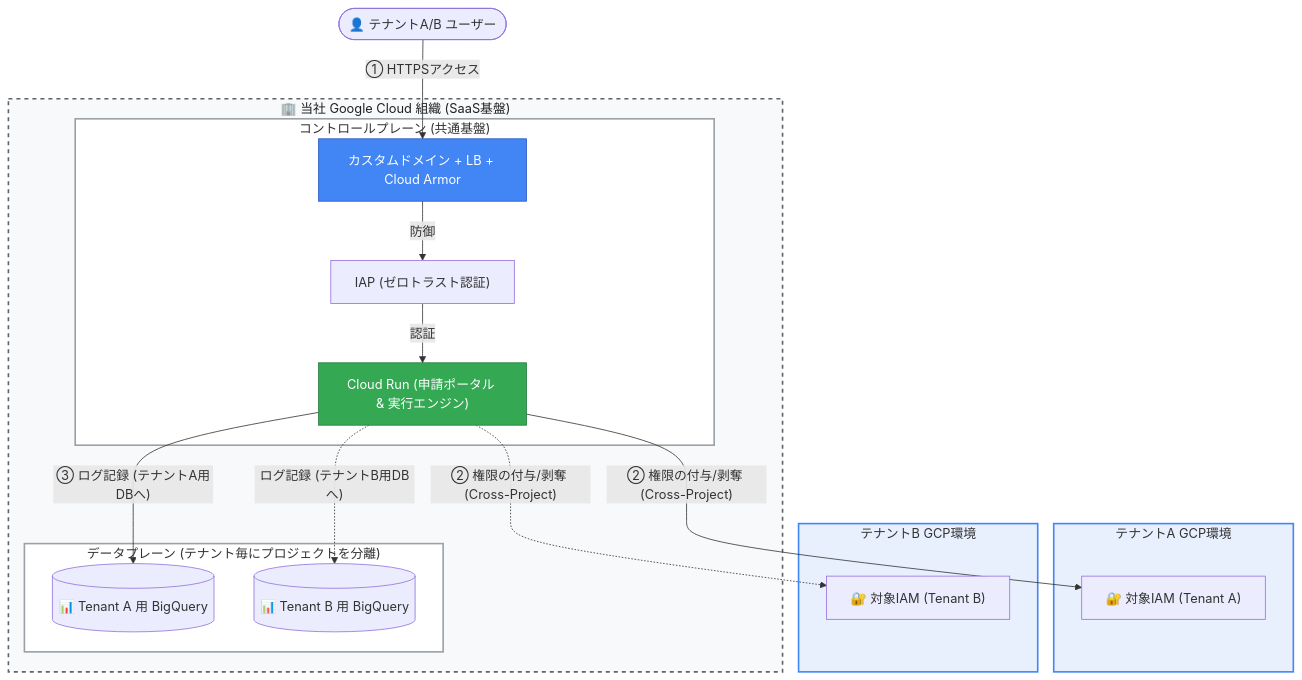
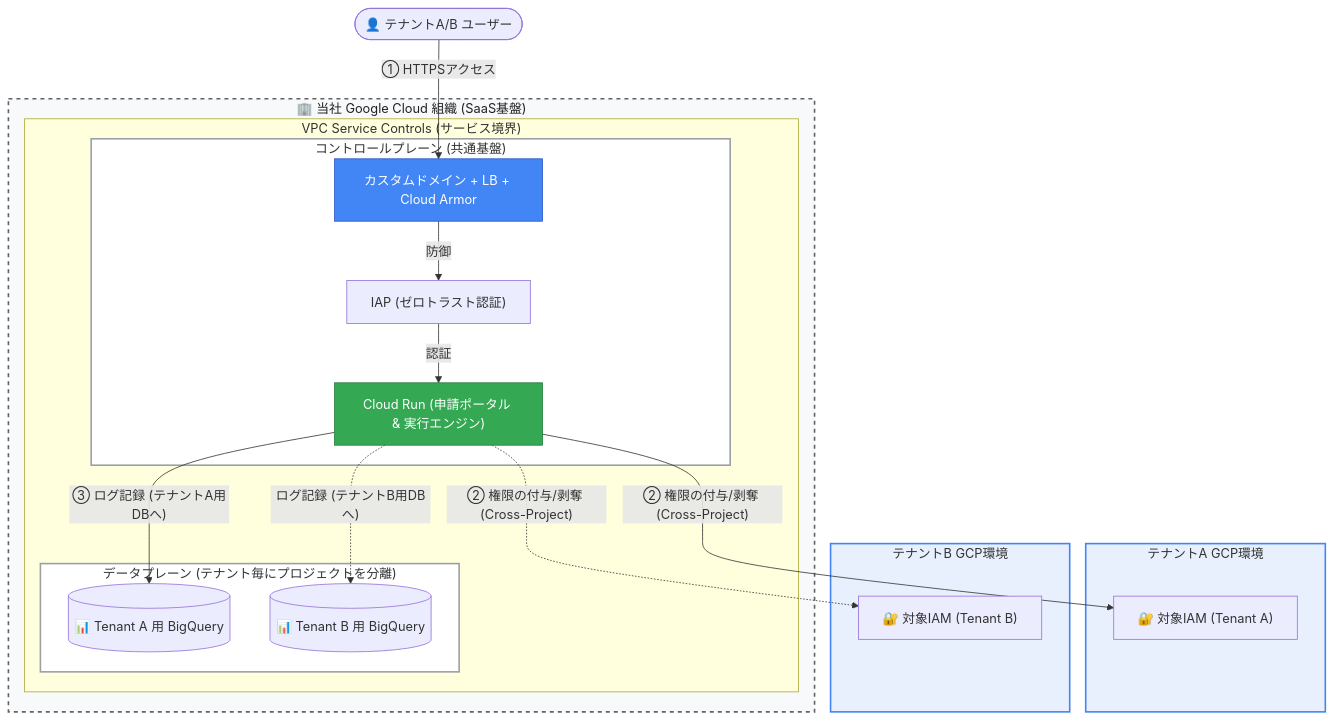
Before and after one commit to ea-Mitsuoka/cloud-access-manager: the second of 4 diagrams in docs/roadmap/roadmap.md, drawn with Mermaid.

````diff
--- a/docs/roadmap/roadmap.md
+++ b/docs/roadmap/roadmap.md
@@ -49,44 +49,44 @@
 ```mermaid
 graph TD
     subgraph OurOrg ["🏢 当社 Google Cloud 組織 (SaaS基盤)"]
+        subgraph VPCSC ["VPC Service Controls (サービス境界)"]
+            subgraph Vendor ["コントロールプレーン (共通基盤)"]
+                Edge["カスタムドメイン + LB + Cloud Armor"]
+                IAP["IAP (ゼロトラスト認証)"]
+                CR["Cloud Run (申請ポータル & 実行エンジン)"]
 
-        subgraph Vendor ["コントロールプレーン (共通基盤)"]
-            Edge["カスタムドメイン + LB + Cloud Armor"]
-            IAP["IAP (ゼロトラスト認証)"]
-            CR["Cloud Run (申請ポータル & 実行エンジン)"]
+                Edge -->|"防御"| IAP
+                IAP -->|"認証"| CR
+            end
 
-            Edge -->|"防御"| IAP
-            IAP -->|"認証"| CR
+            subgraph TenantData ["データプレーン (テナント毎にプロジェクトを分離)"]
+                BQA[("📊 Tenant A 用 BigQuery")]
+                BQB[("📊 Tenant B 用 BigQuery")]
+            end
+
+            CR -->|"③ ログ記録 (テナントA用DBへ)"| BQA
+            CR -.->|"ログ記録 (テナントB用DBへ)"| BQB
         end
-
-        subgraph TenantData ["データプレーン (テナント毎にプロジェクトを分離)"]
-            BQA[("📊 Tenant A 用 BigQuery")]
-            BQB[("📊 Tenant B 用 BigQuery")]
-        end
-
-        CR -->|"③ ログ記録 (テナントA用DBへ)"| BQA
-        CR -.->|"ログ記録 (テナントB用DBへ)"| BQB
-
     end
 
     subgraph TenantA_GCP ["テナントA GCP環境"]
         IAMA["🔐 対象IAM (Tenant A)"]
     end
 
     subgraph TenantB_GCP ["テナントB GCP環境"]
         IAMB["🔐 対象IAM (Tenant B)"]
     end
 
     User(["👤 テナントA/B ユーザー"]) -->|"① HTTPSアクセス"| Edge
     CR -->|"② 権限の付与/剥奪 (Cross-Project)"| IAMA
     CR -.->|"② 権限の付与/剥奪 (Cross-Project)"| IAMB
 
     %% スタイル定義
     style OurOrg fill:#f8f9fa,stroke:#5f6368,stroke-width:2px,stroke-dasharray: 5 5,color:#202124
     style Vendor fill:#ffffff,stroke:#9AA0A6,stroke-width:2px
     style TenantData fill:#ffffff,stroke:#9AA0A6,stroke-width:2px
     style TenantA_GCP fill:#E8F0FE,stroke:#4285F4,stroke-width:2px
     style TenantB_GCP fill:#E8F0FE,stroke:#4285F4,stroke-width:2px
     style Edge fill:#4285F4,color:#fff,stroke:#2a56c4
     style CR fill:#34A853,color:#fff,stroke:#267d3f
 ```
````
